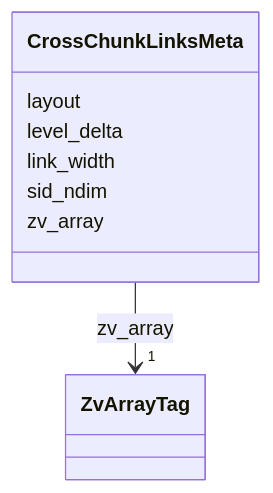
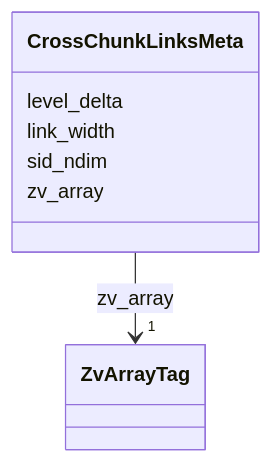
Before and after one commit to AllenInstitute/zarr-vectors-py: the fifth of 15 diagrams in schema/reference.md, drawn with Mermaid. The commit also changed other lines of this file and 32 other files, not shown here.

Commit message:
wip on cross chunk edge refactor

````diff
--- a/schema/reference.md
+++ b/schema/reference.md
@@ -1144,25 +1114,23 @@
 ```mermaid
  classDiagram
     class CrossChunkLinksMeta
     click CrossChunkLinksMeta href "../CrossChunkLinksMeta/"
-      CrossChunkLinksMeta : layout
-        
       CrossChunkLinksMeta : level_delta
         
       CrossChunkLinksMeta : link_width
         
       CrossChunkLinksMeta : sid_ndim
         
       CrossChunkLinksMeta : zv_array
         
           
     
         
         
         CrossChunkLinksMeta --> "1" ZvArrayTag : zv_array
         click ZvArrayTag href "../ZvArrayTag/"
     
 
         
       
 ```
````
